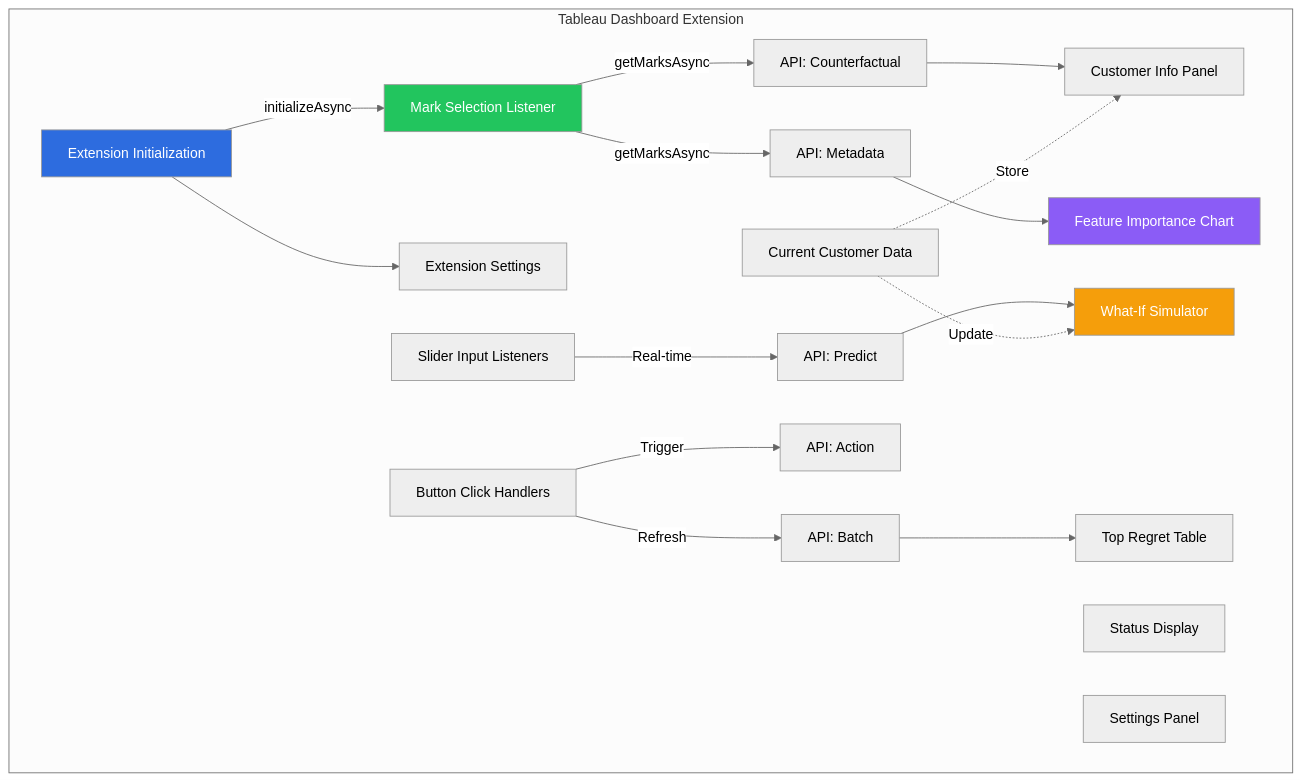
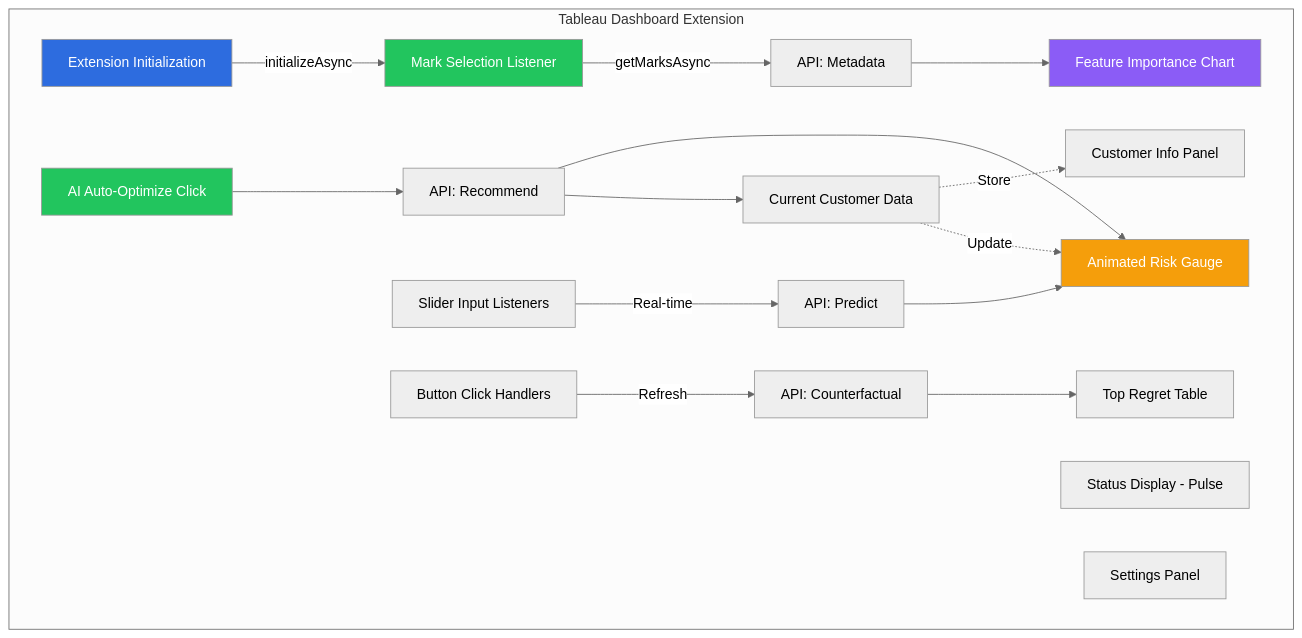
The third of 3 diagrams in README.md (samalpartha/ccc-tableu-cloud), drawn with Mermaid (neutral theme) before and after one commit. The commit also changed other lines of this file, not shown here.

Commit message:
Documentation Upgrade: Updated architecture diagrams and features for 10/10 Hackathon status

````diff
--- a/README.md
+++ b/README.md
@@ -144,45 +160,45 @@
 ```mermaid
 flowchart TB
     subgraph Extension["Tableau Dashboard Extension"]
         INIT[Extension Initialization]
         SEL[Mark Selection Listener]
+        OPTIMIZE[AI Auto-Optimize Click]
         SLIDE[Slider Input Listeners]
         BTN[Button Click Handlers]
-        STATUS[Status Display]
+        STATUS[Status Display - Pulse]
         CUST[Customer Info Panel]
-        SIM[What-If Simulator]
+        GAUGE[Animated Risk Gauge]
         CHART2[Feature Importance Chart]
         TABLE[Top Regret Table]
         CONFIG[Settings Panel]
         FETCH1[API: Counterfactual]
         FETCH2[API: Predict]
-        FETCH3[API: Metadata]
-        FETCH4[API: Batch]
-        FETCH5[API: Action]
+        FETCH3[API: Recommend]
+        FETCH4[API: Metadata]
         STATE[Current Customer Data]
-        SETTINGS[Extension Settings]
     end
     
     INIT -->|initializeAsync| SEL
-    INIT --> SETTINGS
     
-    SEL -->|getMarksAsync| FETCH1
-    SEL -->|getMarksAsync| FETCH3
-    FETCH1 --> CUST
-    FETCH3 --> CHART2
+    SEL -->|getMarksAsync| FETCH4
+    FETCH4 --> CHART2
+    
+    OPTIMIZE --> FETCH3
+    FETCH3 --> GAUGE
+    FETCH3 --> STATE
     
     SLIDE -->|Real-time| FETCH2
-    FETCH2 --> SIM
+    FETCH2 --> GAUGE
     
-    BTN -->|Refresh| FETCH4
-    BTN -->|Trigger| FETCH5
-    FETCH4 --> TABLE
+    BTN -->|Refresh| FETCH1
+    FETCH1 --> TABLE
     
     STATE -.->|Store| CUST
-    STATE -.->|Update| SIM
+    STATE -.->|Update| GAUGE
     
     style INIT fill:#2d6cdf,color:#fff
     style SEL fill:#22c55e,color:#fff
-    style SIM fill:#f59e0b,color:#fff
+    style GAUGE fill:#f59e0b,color:#fff
     style CHART2 fill:#8b5cf6,color:#fff
+    style OPTIMIZE fill:#22c55e,color:#fff
 ```
````
